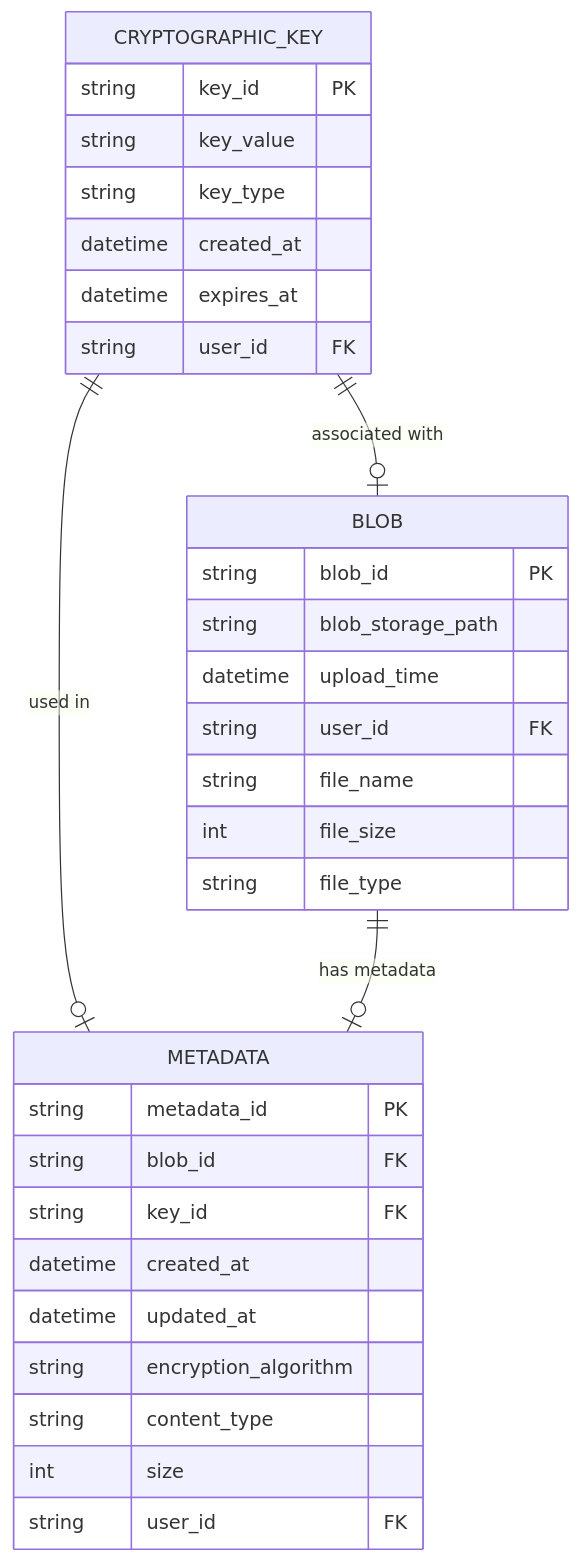
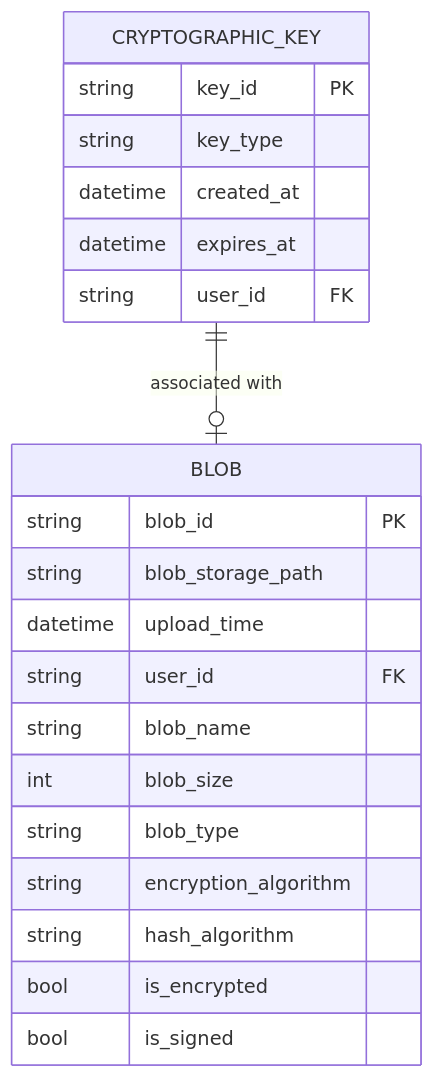
The diagram in docs/diagrams/erd.mmd (MGTheTrain/crypto-vault-service), drawn with Mermaid before and after one commit.

Commit message:
keep ERD simple

```diff
--- a/docs/diagrams/erd.mmd
+++ b/docs/diagrams/erd.mmd
@@ -1,35 +1,24 @@
 erDiagram
     CRYPTOGRAPHIC_KEY {
         string key_id PK
-        string key_value
         string key_type
         datetime created_at
         datetime expires_at
-        string user_id FK
-    }
-
-    METADATA {
-        string metadata_id PK
-        string blob_id FK
-        string key_id FK
-        datetime created_at
-        datetime updated_at
-        string encryption_algorithm
-        string content_type
-        int size
         string user_id FK
     }
 
     BLOB {
         string blob_id PK
         string blob_storage_path
         datetime upload_time
         string user_id FK
-        string file_name
-        int file_size
-        string file_type
+        string blob_name
+        int blob_size
+        string blob_type
+        string encryption_algorithm
+        string hash_algorithm
+        bool is_encrypted
+        bool is_signed
     }
 
-    CRYPTOGRAPHIC_KEY ||--o| METADATA : "used in"
     CRYPTOGRAPHIC_KEY ||--o| BLOB : "associated with"
-    BLOB ||--o| METADATA : "has metadata"
```
